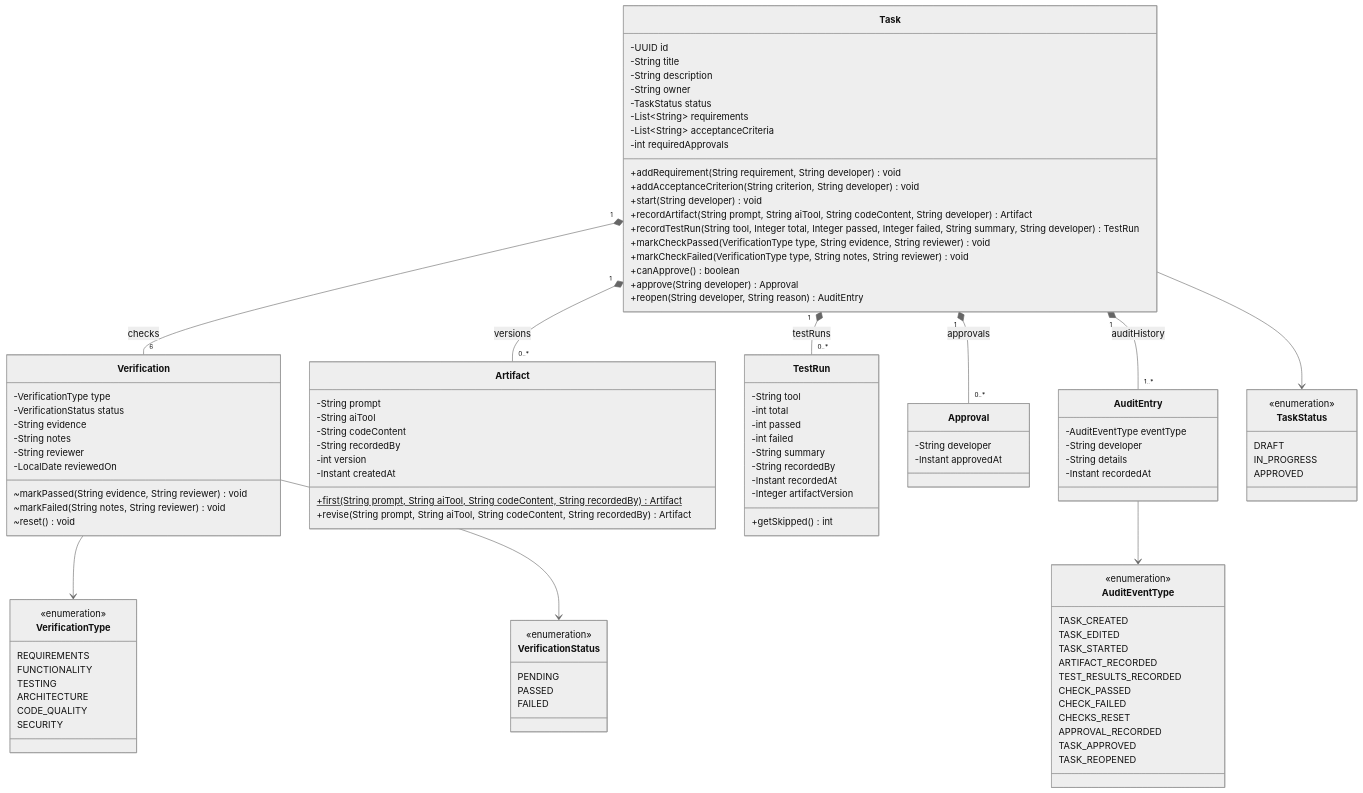
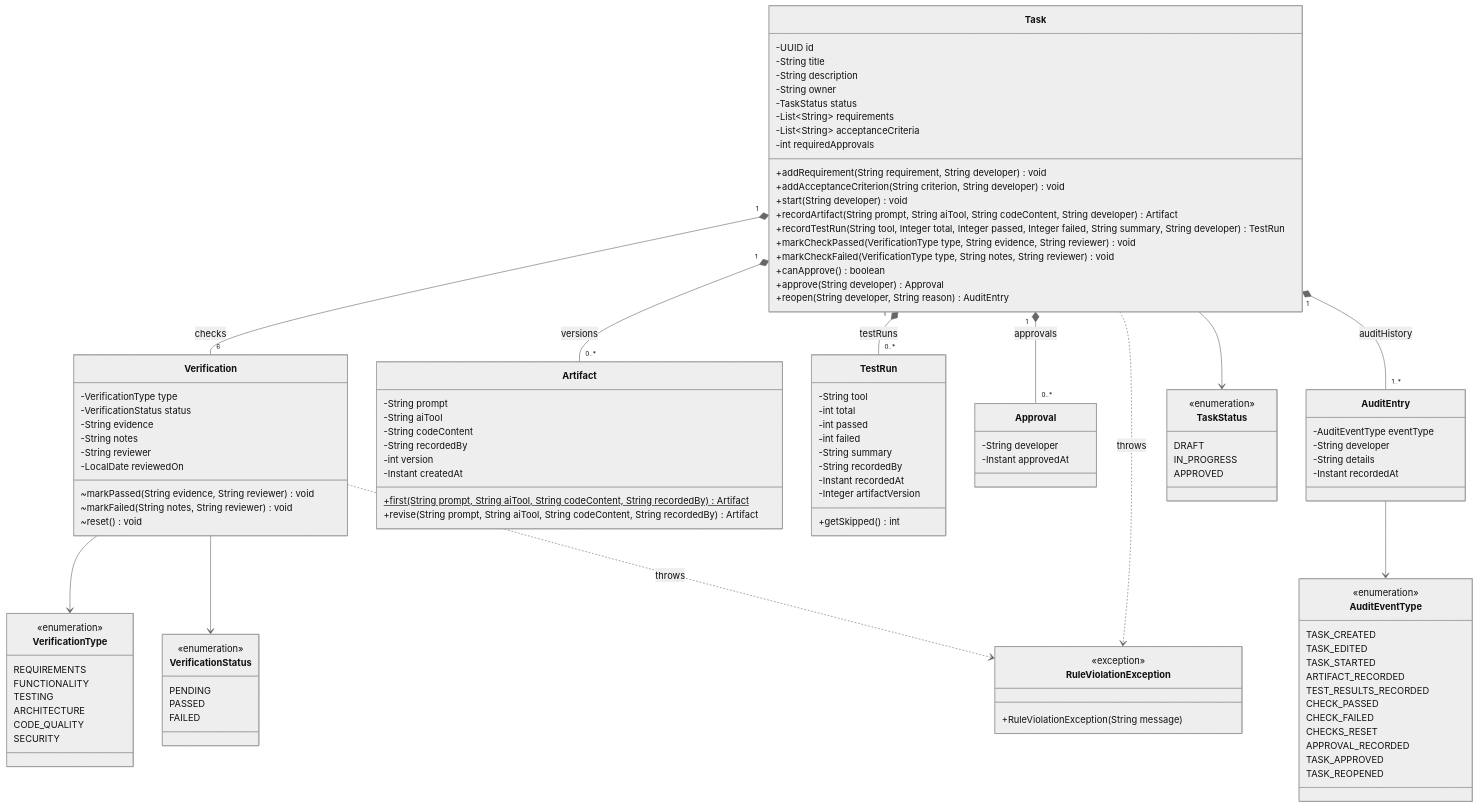
One commit to ASantana0924/cen5064-project-santana changed the third of 4 diagrams in README.md. Above: the diagram before and after it, drawn with Mermaid (neutral theme). The commit also changed other lines of this file and 15 other files, not shown here.

First line of the commit message:
Report rule violations with RuleViolationException

````diff
--- a/README.md
+++ b/README.md
@@ -344,6 +344,11 @@
         FAILED
     }
 
+    class RuleViolationException {
+        <<exception>>
+        +RuleViolationException(String message)
+    }
+
     class AuditEventType {
         <<enumeration>>
         TASK_CREATED
@@ -368,4 +373,6 @@
     Verification --> VerificationType
     Verification --> VerificationStatus
     AuditEntry --> AuditEventType
+    Task ..> RuleViolationException : throws
+    Verification ..> RuleViolationException : throws
 ```
````
